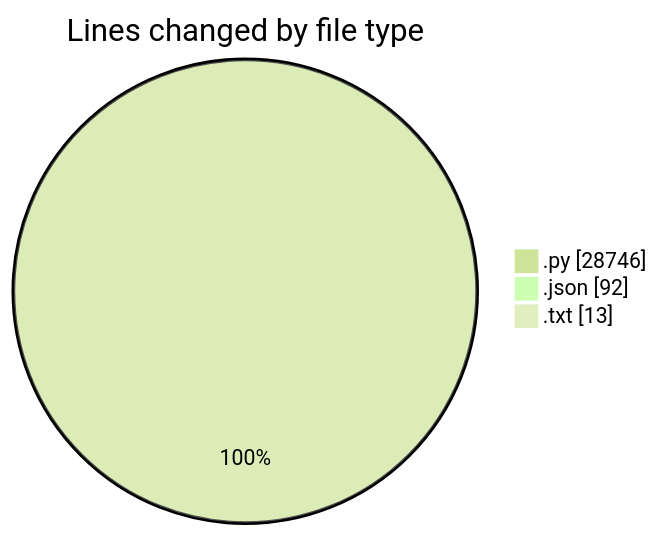
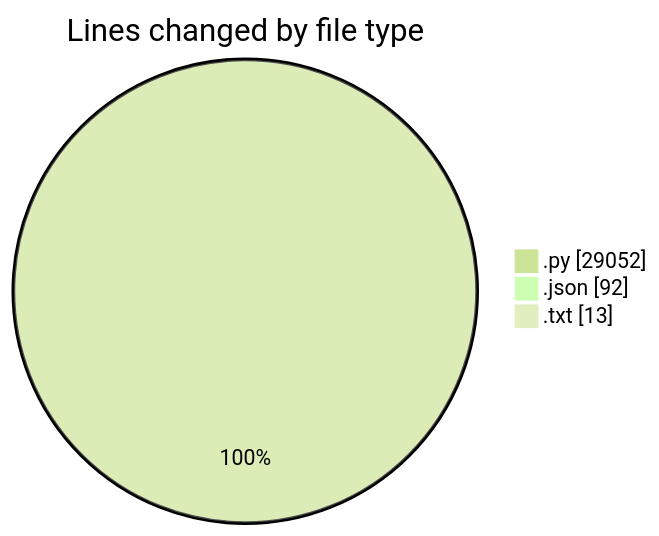
One commit to jrari/code-tracking changed the first of 2 diagrams in 2025-07-13/telebot/README.md. Above: the diagram before and after it, drawn with Mermaid (forest theme). The commit also changed other lines of this file and 1 other file, not shown here.

````diff
--- a/2025-07-13/telebot/README.md
+++ b/2025-07-13/telebot/README.md
@@ -68,7 +69,7 @@
 ```mermaid
 pie showData
 title Lines changed by file type
-".py" : 28746
+".py" : 29052
 ".json" : 92
 ".txt" : 13
 ```
````
